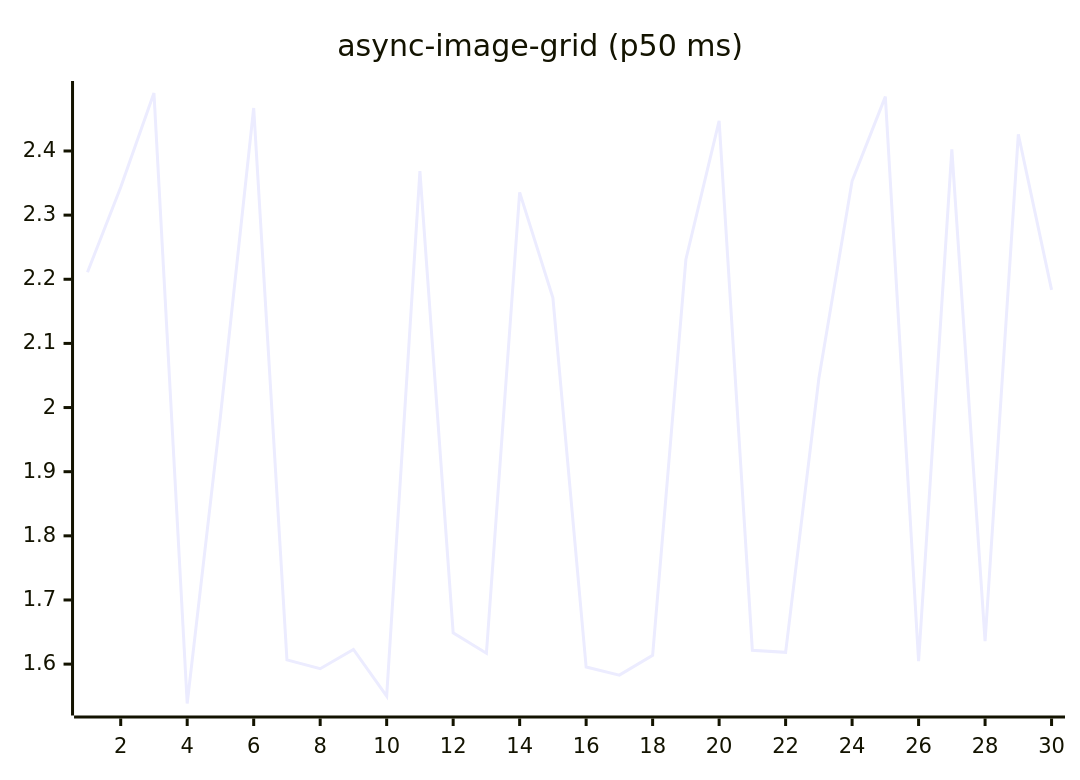
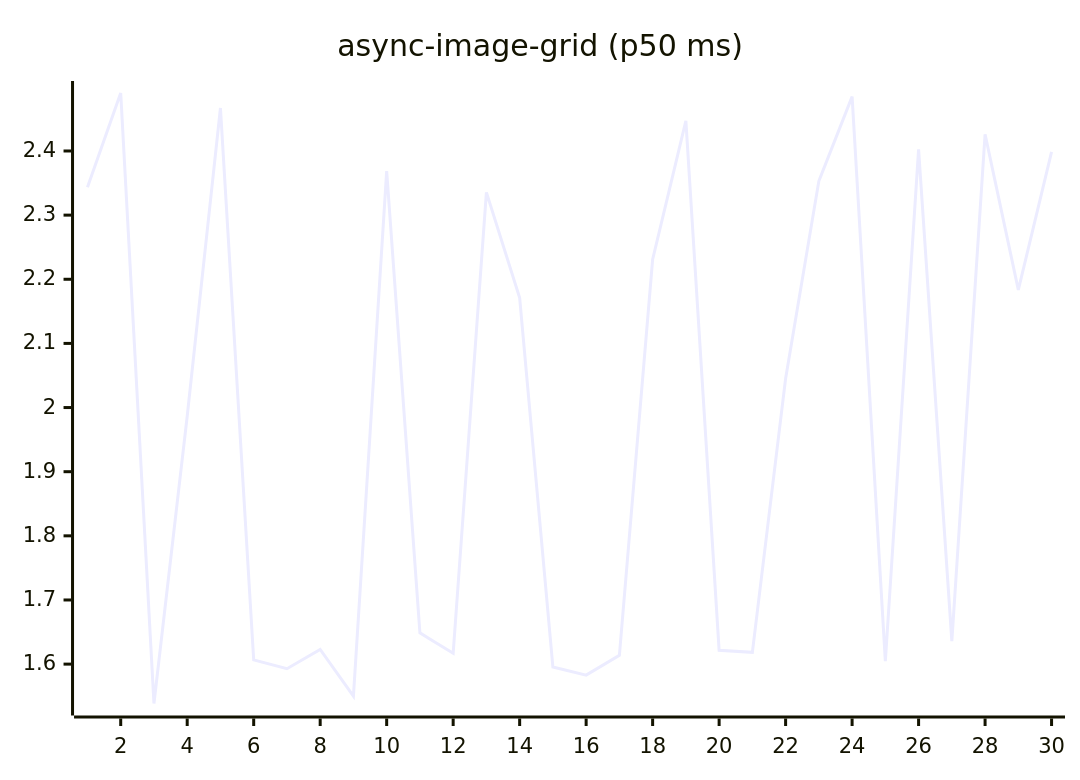
The fifth of 27 diagrams in README.md (josha/Facet), drawn with Mermaid before and after one commit. The commit also changed other lines of this file and 2 other files, not shown here.

````diff
--- a/README.md
+++ b/README.md
@@ -91,6 +91,6 @@
 ```mermaid
 xychart-beta
     title "async-image-grid (p50 ms)"
     x-axis 1 --> 30
-    line [2.2110, 2.3435, 2.4904, 1.5386, 1.9864, 2.4670, 1.6066, 1.5928, 1.6229, 1.5501, 2.3685, 1.6487, 1.6169, 2.3355, 2.1710, 1.5954, 1.5829, 1.6137, 2.2308, 2.4470, 1.6216, 1.6184, 2.0452, 2.3531, 2.4847, 1.6045, 2.4025, 1.6357, 2.4260, 2.1835]
+    line [2.3435, 2.4904, 1.5386, 1.9864, 2.4670, 1.6066, 1.5928, 1.6229, 1.5501, 2.3685, 1.6487, 1.6169, 2.3355, 2.1710, 1.5954, 1.5829, 1.6137, 2.2308, 2.4470, 1.6216, 1.6184, 2.0452, 2.3531, 2.4847, 1.6045, 2.4025, 1.6357, 2.4260, 2.1835, 2.3985]
 ```
````
